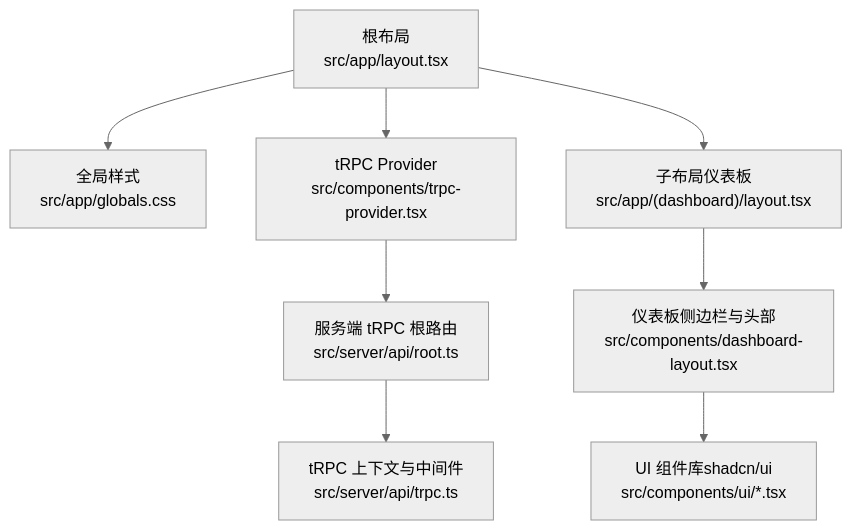
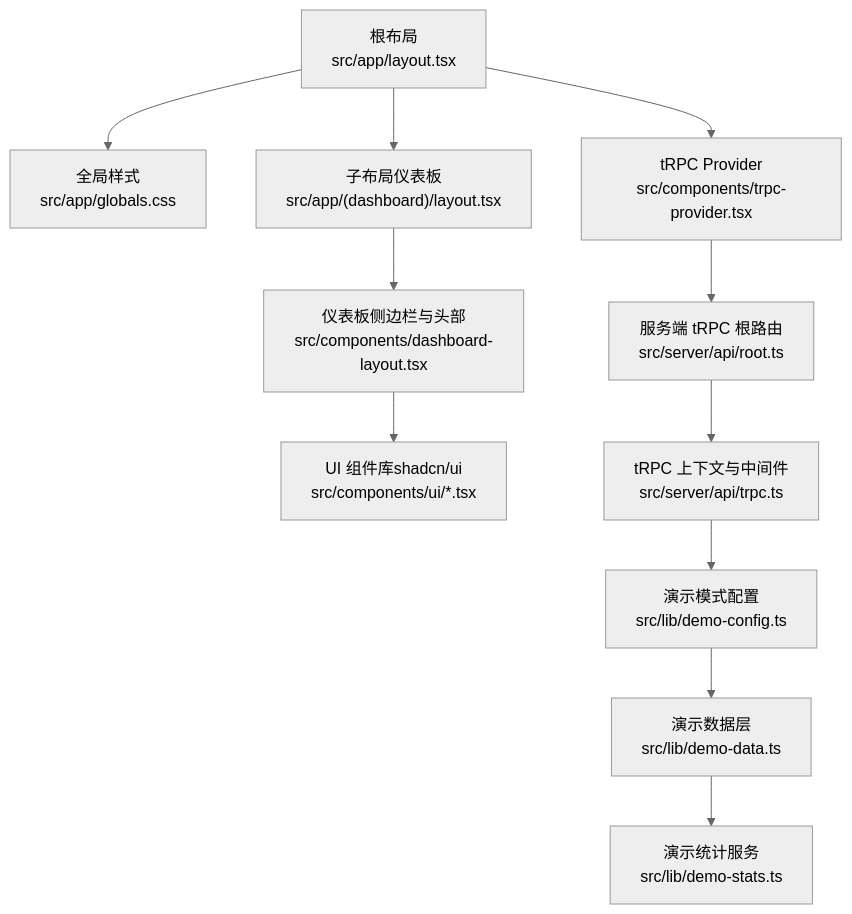
One commit to RadiumAg/AIGate changed the first of 10 diagrams in .qoder/repowiki/zh/content/架构设计/前端架构.md. Above: the diagram before and after it, drawn with Mermaid (neutral theme). The commit also changed other lines of this file and 11 other files, not shown here.

````diff
--- a/.qoder/repowiki/zh/content/架构设计/前端架构.md
+++ b/.qoder/repowiki/zh/content/架构设计/前端架构.md
@@ -46,10 +62,13 @@
 ```mermaid
 graph TB
 A["根布局<br/>src/app/layout.tsx"] --> B["全局样式<br/>src/app/globals.css"]
 A --> C["tRPC Provider<br/>src/components/trpc-provider.tsx"]
 A --> D["子布局仪表板<br/>src/app/(dashboard)/layout.tsx"]
 D --> E["仪表板侧边栏与头部<br/>src/components/dashboard-layout.tsx"]
 E --> F["UI 组件库shadcn/ui<br/>src/components/ui/*.tsx"]
 C --> G["服务端 tRPC 根路由<br/>src/server/api/root.ts"]
 G --> H["tRPC 上下文与中间件<br/>src/server/api/trpc.ts"]
+H --> I["演示模式配置<br/>src/lib/demo-config.ts"]
+I --> J["演示数据层<br/>src/lib/demo-data.ts"]
+J --> K["演示统计服务<br/>src/lib/demo-stats.ts"]
 ```
````
